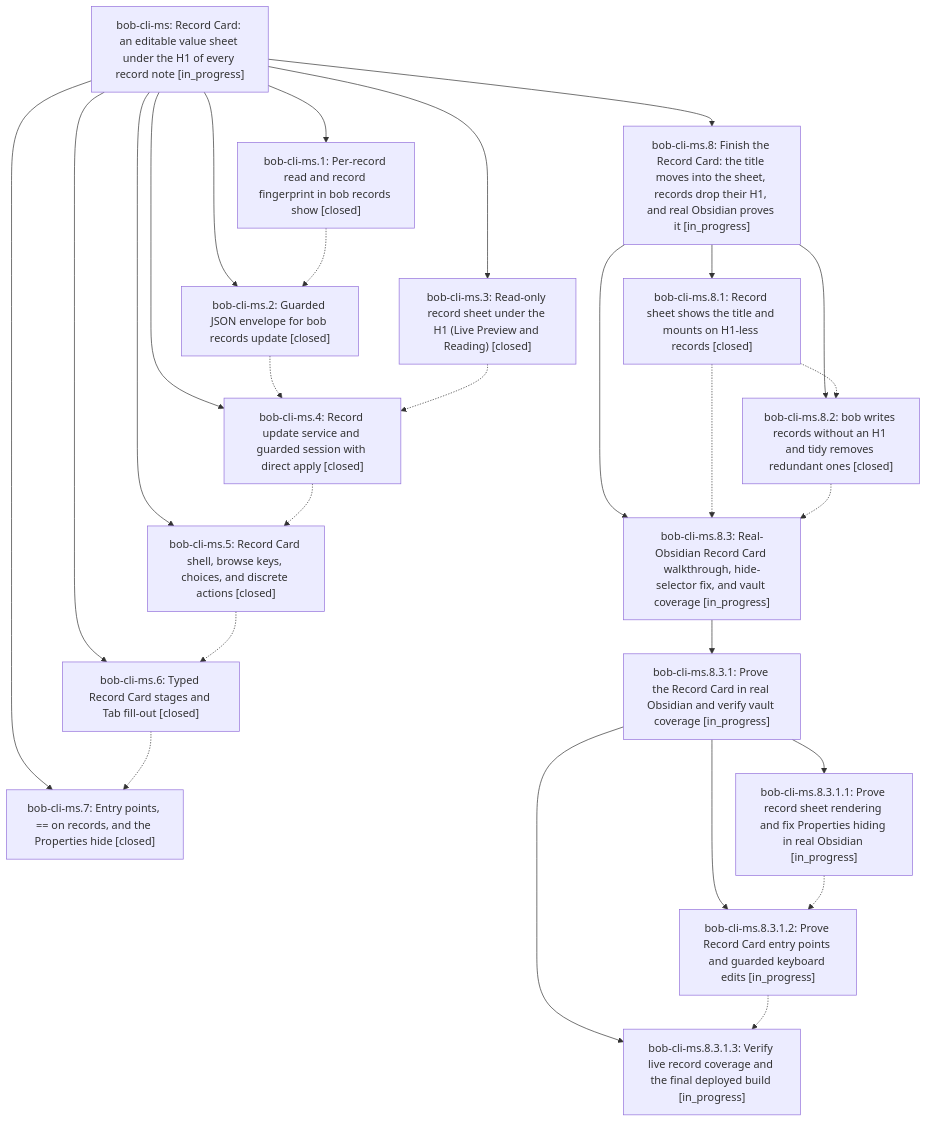
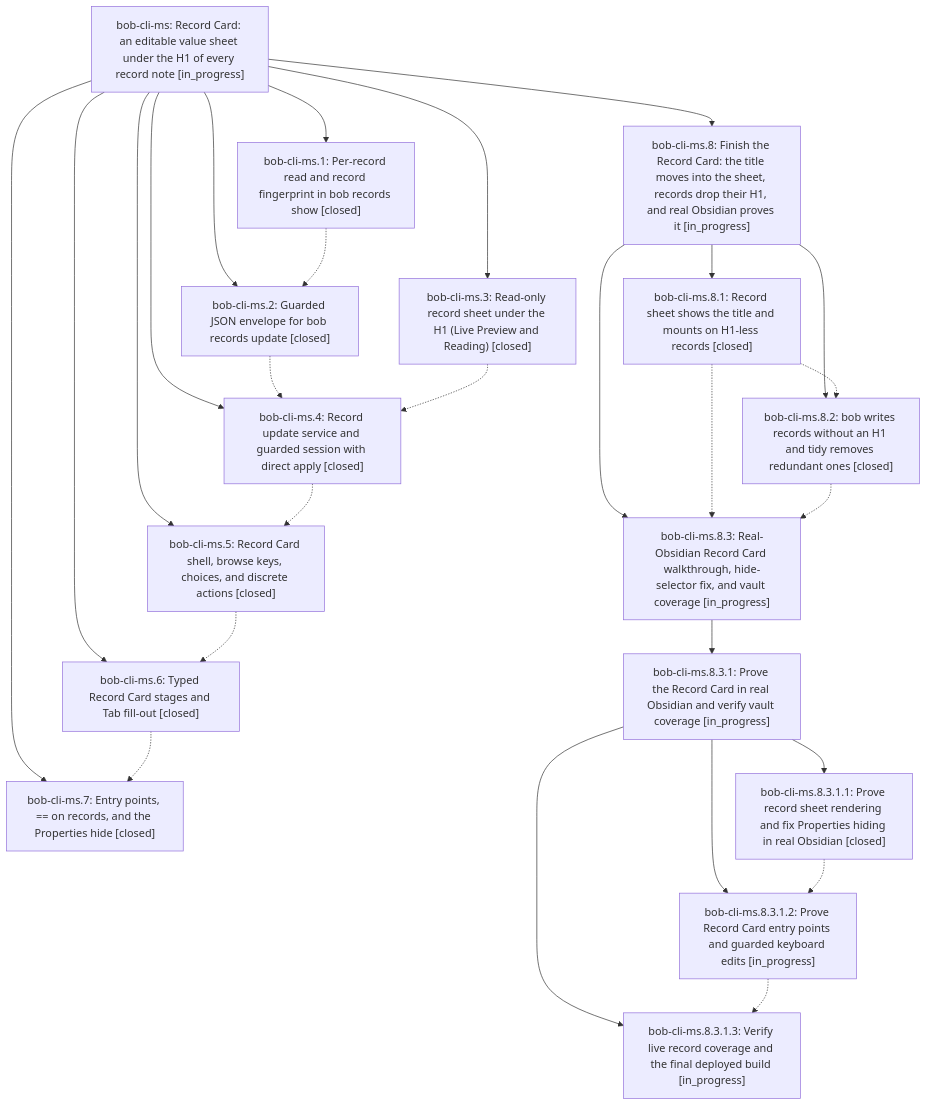
One commit to bobs-org/bob-cli--beads changed the diagram in pages/bob-cli-ms/README.md. Above: the diagram before and after it, drawn with Mermaid. The commit also changed other lines of this file and 2 other files, not shown here.

First line of the commit message:
chore(beads): sync bead state and pages for bob-cli-ms

````diff
--- a/pages/bob-cli-ms/README.md
+++ b/pages/bob-cli-ms/README.md
@@ -82,45 +82,45 @@
 ```mermaid
 flowchart TD
     n0["bob-cli-ms: Record Card: an editable value sheet under the H1 of every record note [in_progress]"]
     n1["bob-cli-ms.1: Per-record read and record fingerprint in bob records show [closed]"]
     n2["bob-cli-ms.2: Guarded JSON envelope for bob records update [closed]"]
     n3["bob-cli-ms.3: Read-only record sheet under the H1 (Live Preview and Reading) [closed]"]
     n4["bob-cli-ms.4: Record update service and guarded session with direct apply [closed]"]
     n5["bob-cli-ms.5: Record Card shell, browse keys, choices, and discrete actions [closed]"]
     n6["bob-cli-ms.6: Typed Record Card stages and Tab fill-out [closed]"]
     n7["bob-cli-ms.7: Entry points, == on records, and the Properties hide [closed]"]
     n8["bob-cli-ms.8: Finish the Record Card: the title moves into the sheet, records drop their H1, and real Obsidian proves it [in_progress]"]
     n9["bob-cli-ms.8.1: Record sheet shows the title and mounts on H1-less records [closed]"]
     n10["bob-cli-ms.8.2: bob writes records without an H1 and tidy removes redundant ones [closed]"]
     n11["bob-cli-ms.8.3: Real-Obsidian Record Card walkthrough, hide-selector fix, and vault coverage [in_progress]"]
     n12["bob-cli-ms.8.3.1: Prove the Record Card in real Obsidian and verify vault coverage [in_progress]"]
-    n13["bob-cli-ms.8.3.1.1: Prove record sheet rendering and fix Properties hiding in real Obsidian [in_progress]"]
+    n13["bob-cli-ms.8.3.1.1: Prove record sheet rendering and fix Properties hiding in real Obsidian [closed]"]
     n14["bob-cli-ms.8.3.1.2: Prove Record Card entry points and guarded keyboard edits [in_progress]"]
     n15["bob-cli-ms.8.3.1.3: Verify live record coverage and the final deployed build [in_progress]"]
     n0 --> n1
     n0 --> n2
     n0 --> n3
     n0 --> n4
     n0 --> n5
     n0 --> n6
     n0 --> n7
     n0 --> n8
     n8 --> n9
     n8 --> n10
     n8 --> n11
     n11 --> n12
     n12 --> n13
     n12 --> n14
     n12 --> n15
     n1 -.-> n2
     n2 -.-> n4
     n3 -.-> n4
     n4 -.-> n5
     n5 -.-> n6
     n6 -.-> n7
     n9 -.-> n10
     n9 -.-> n11
     n10 -.-> n11
     n13 -.-> n14
     n14 -.-> n15
 ```
````
